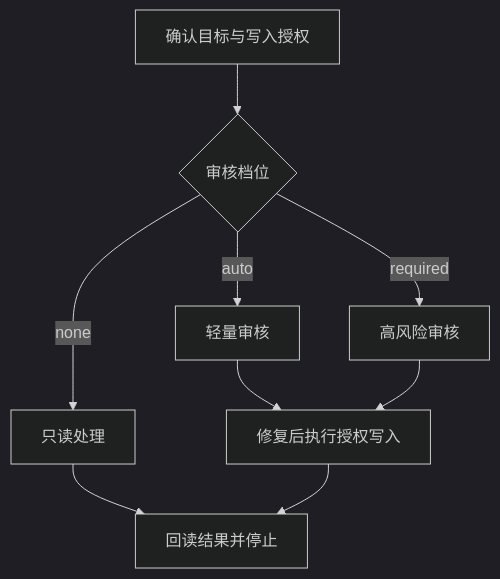
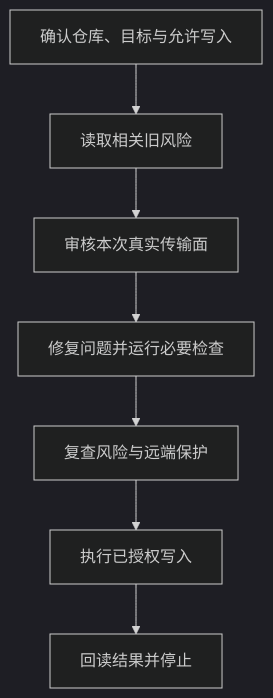
One commit to AIALRA-0/agent-github-safe-publish changed the diagram in README.md. Above: the diagram before and after it, drawn with Mermaid (dark theme). The commit also changed other lines of this file and 2 other files, not shown here.

````diff
--- a/README.md
+++ b/README.md
@@ -30,11 +62,10 @@
 ```mermaid
+%% 发布路线从授权确认开始，在远端回读后结束
 flowchart TD
-    A[确认目标与写入授权] --> B{审核档位}
-    B -->|none| C[只读处理]
-    B -->|auto| D[轻量审核]
-    B -->|required| E[高风险审核]
-    D --> F[修复后执行授权写入]
-    E --> F
-    C --> G[回读结果并停止]
-    F --> G
+    A[确认仓库、目标与允许写入] --> B[读取相关旧风险]
+    B --> C[审核本次真实传输面]
+    C --> D[修复问题并运行必要检查]
+    D --> E[复查风险与远端保护]
+    E --> F[执行已授权写入]
+    F --> G[回读结果并停止]
 ```
````
